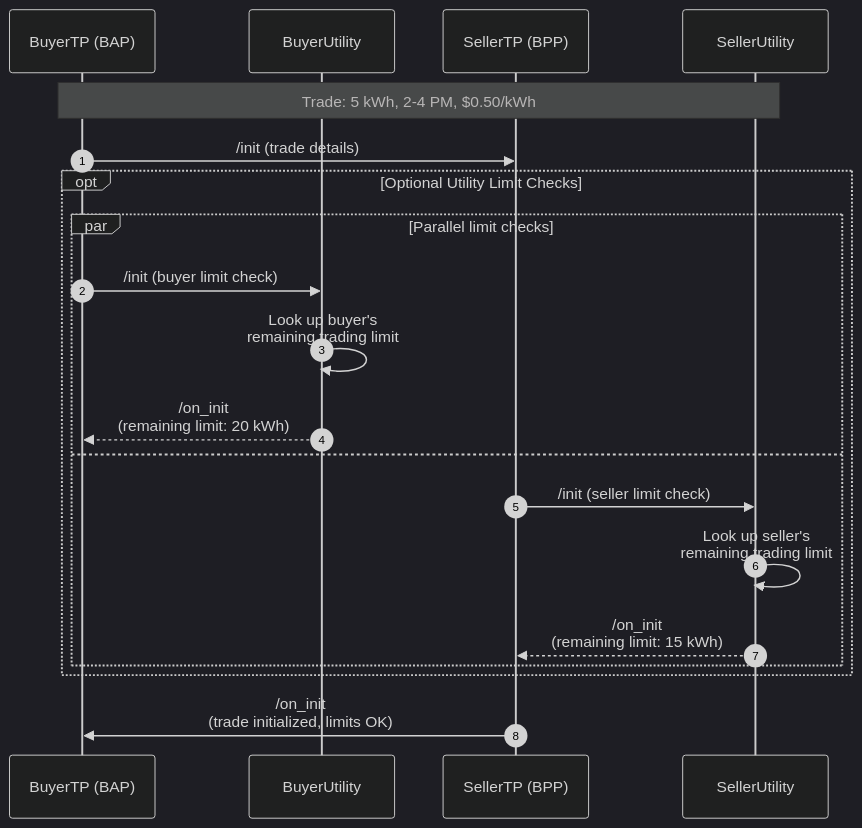
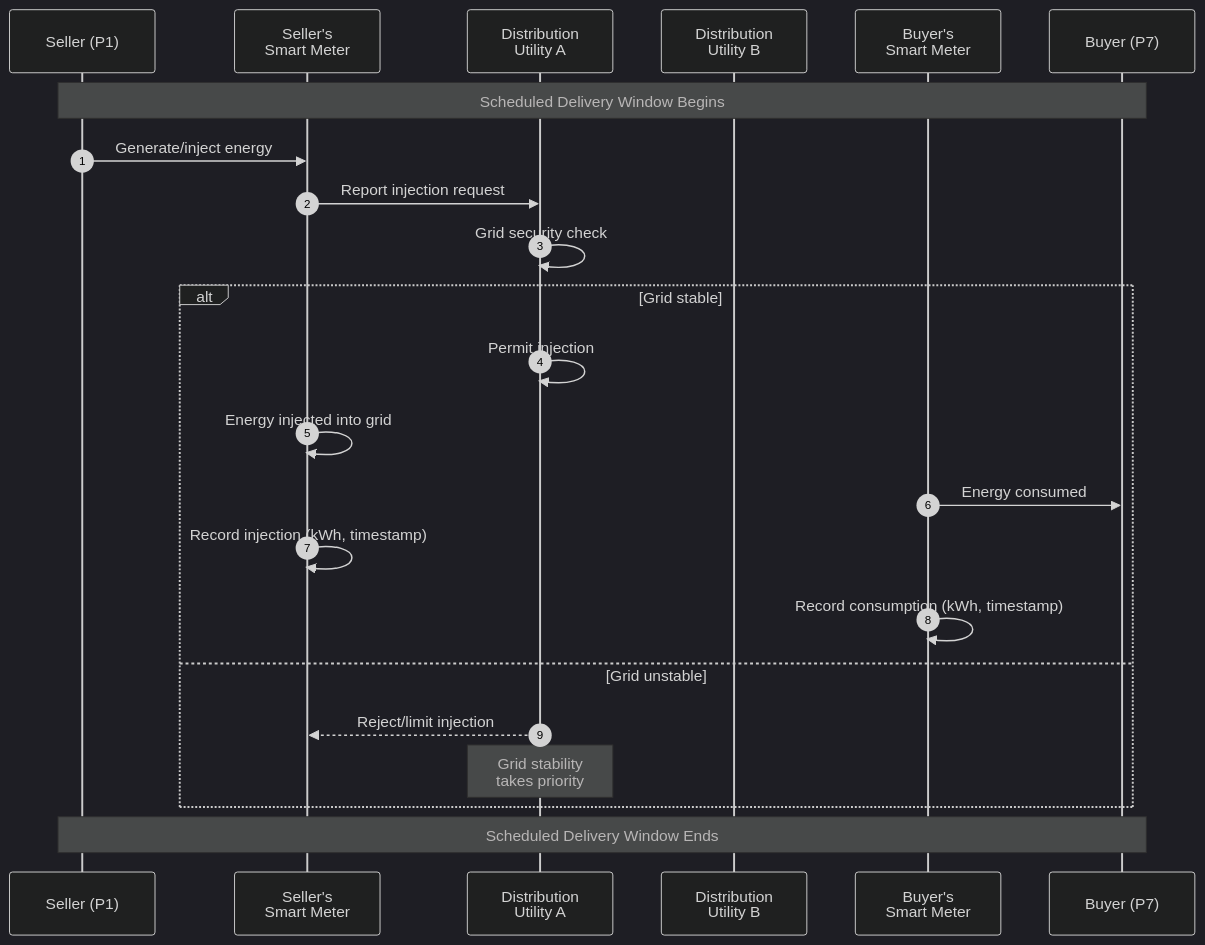
One commit to beckn/DEG changed the third of 11 diagrams in docs/implementation-guides/v2/P2P_Trading/Inter_energy_retailer_P2P_trading_draft.md. Above: the diagram before and after it, drawn with Mermaid (dark theme). The commit also changed other lines of this file and 1 other file, not shown here.

````diff
--- a/docs/implementation-guides/v2/P2P_Trading/Inter_energy_retailer_P2P_trading_draft.md
+++ b/docs/implementation-guides/v2/P2P_Trading/Inter_energy_retailer_P2P_trading_draft.md
@@ -203,26 +172,31 @@
 ```mermaid
 sequenceDiagram
     autonumber
-    participant BuyerTP as BuyerTP (BAP)
-    participant BuyerUtility as BuyerUtility
-    participant SellerTP as SellerTP (BPP)
-    participant SellerUtility as SellerUtility
+    participant S as Seller (P1)
+    participant SM_S as Seller's<br/>Smart Meter
+    participant DU_A as Distribution<br/>Utility A
+    participant DU_B as Distribution<br/>Utility B
+    participant SM_B as Buyer's<br/>Smart Meter
+    participant B as Buyer (P7)
 
-    Note over BuyerTP,SellerUtility: Trade: 5 kWh, 2-4 PM, $0.50/kWh
+    Note over S,B: Scheduled Delivery Window Begins
 
-    BuyerTP->>SellerTP: /init (trade details)
+    S->>SM_S: Generate/inject energy
+    SM_S->>DU_A: Report injection request
 
-    opt Optional Utility Limit Checks
-        par Parallel limit checks
-            BuyerTP->>BuyerUtility: /init (buyer limit check)
-            BuyerUtility->>BuyerUtility: Look up buyer's<br/>remaining trading limit
-            BuyerUtility-->>BuyerTP: /on_init<br/>(remaining limit: 20 kWh)
-        and
-            SellerTP->>SellerUtility: /init (seller limit check)
-            SellerUtility->>SellerUtility: Look up seller's<br/>remaining trading limit
-            SellerUtility-->>SellerTP: /on_init<br/>(remaining limit: 15 kWh)
-        end
+    DU_A->>DU_A: Grid security check
+    alt Grid stable
+        DU_A->>DU_A: Permit injection
+        SM_S->>SM_S: Energy injected into grid
+
+        SM_B->>B: Energy consumed
+
+        SM_S->>SM_S: Record injection (kWh, timestamp)
+        SM_B->>SM_B: Record consumption (kWh, timestamp)
+    else Grid unstable
+        DU_A-->>SM_S: Reject/limit injection
+        Note over DU_A: Grid stability<br/>takes priority
     end
 
-    SellerTP->>BuyerTP: /on_init<br/>(trade initialized, limits OK)
+    Note over S,B: Scheduled Delivery Window Ends
 ```
````
